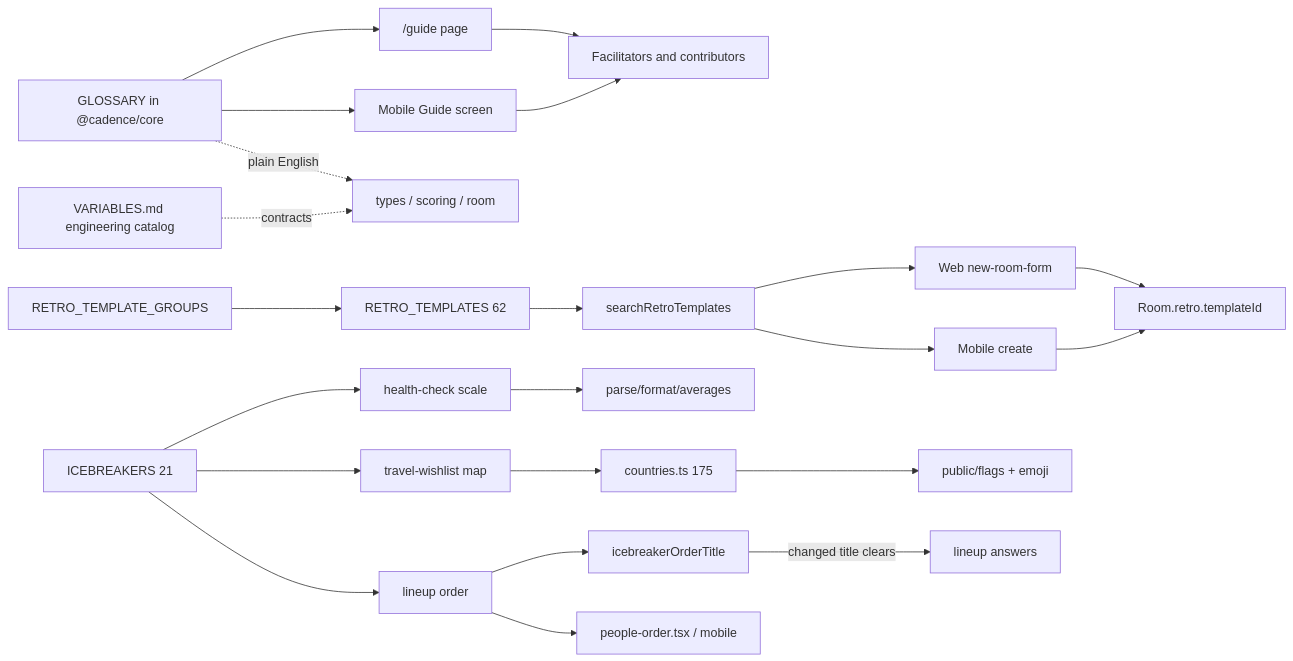
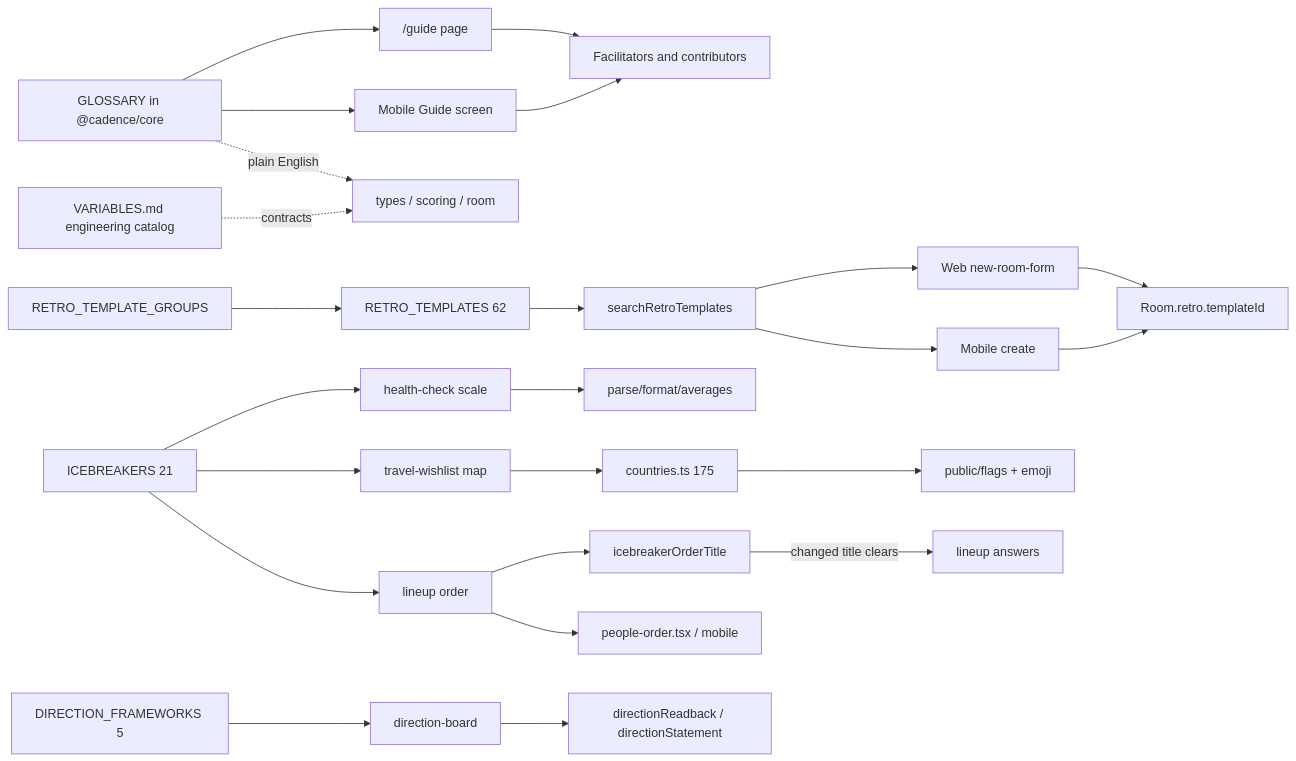
The third of 4 diagrams in docs/VARIABLES.md (RifqiMT/pm-collaboration), drawn with Mermaid before and after one commit. The commit also changed other lines of this file and 36 other files, not shown here.

````diff
--- a/docs/VARIABLES.md
+++ b/docs/VARIABLES.md
@@ -434,24 +438,26 @@
 ```mermaid
 flowchart LR
   GLOSSARY[GLOSSARY in @cadence/core] --> WebGuide["/guide page"]
   GLOSSARY --> MobileGuide[Mobile Guide screen]
   WebGuide --> Users[Facilitators and contributors]
   MobileGuide --> Users
   VARIABLES[VARIABLES.md engineering catalog] -.->|contracts| CoreCode[types / scoring / room]
   GLOSSARY -.->|plain English| CoreCode
   Shelves[RETRO_TEMPLATE_GROUPS] --> Templates[RETRO_TEMPLATES 62]
   Templates --> Search[searchRetroTemplates]
   Search --> WebCreate[Web new-room-form]
   Search --> MobileCreate[Mobile create]
   WebCreate --> templateId[Room.retro.templateId]
   MobileCreate --> templateId
   ICEBREAKERS[ICEBREAKERS 21] --> Scale[health-check scale]
   ICEBREAKERS --> MapMode[travel-wishlist map]
   ICEBREAKERS --> OrderMode[lineup order]
   Scale --> HealthFns[parse/format/averages]
   MapMode --> Countries[countries.ts 175]
   Countries --> Flags[public/flags + emoji]
   OrderMode --> OrderTitle[icebreakerOrderTitle]
   OrderTitle -->|changed title clears| LineupAnswers[lineup answers]
   OrderMode --> PeopleOrderUI[people-order.tsx / mobile]
+  DirectionFW[DIRECTION_FRAMEWORKS 5] --> DirectionBoard[direction-board]
+  DirectionBoard --> Readback[directionReadback / directionStatement]
 ```
````
